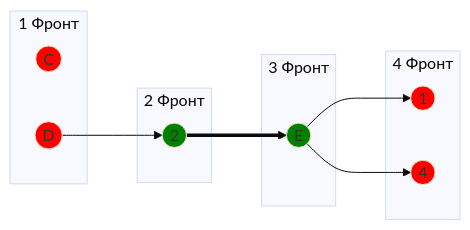
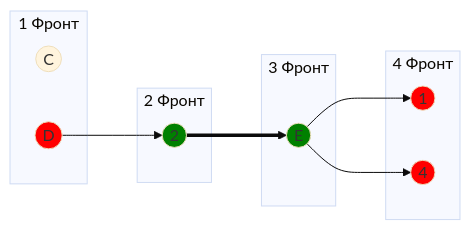
One commit to algos-ris-24-5/manual-tasks changed the fourth of 11 diagrams in Задание 8/DIVI.md. Above: the diagram before and after it, drawn with Mermaid (base theme). The commit also changed other lines of this file, not shown here.

````diff
--- a/Задание 8/DIVI.md
+++ b/Задание 8/DIVI.md
@@ -129,26 +125,25 @@
 ```mermaid
 graph LR
     subgraph "1 Фронт"
         C((C))
         D((D))
     end
     subgraph "2 Фронт"
         2((2))
     end
     subgraph "3 Фронт"
         E((E))
     end
     subgraph "4 Фронт"
         1((1))
         4((4))
     end
     D --> 2 ==> E --> 1
     E --> 4
     
-    style C fill:#FF0000
     style D fill:#FF0000
     style 1 fill:#FF0000
     style 4 fill:#FF0000
     style E fill:#008000
     style 2 fill:#008000
 ```
````
